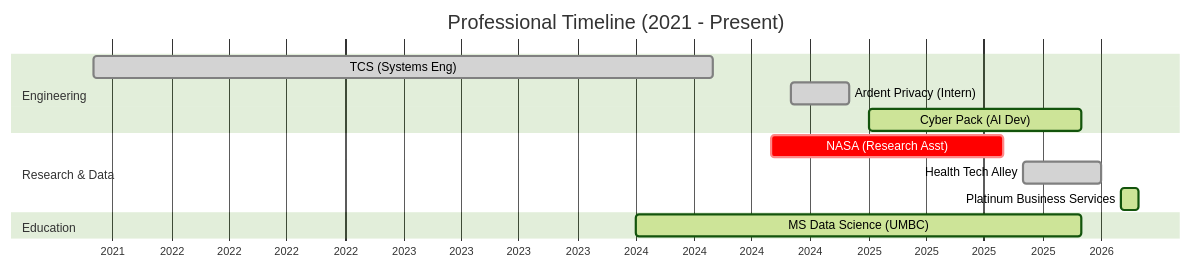
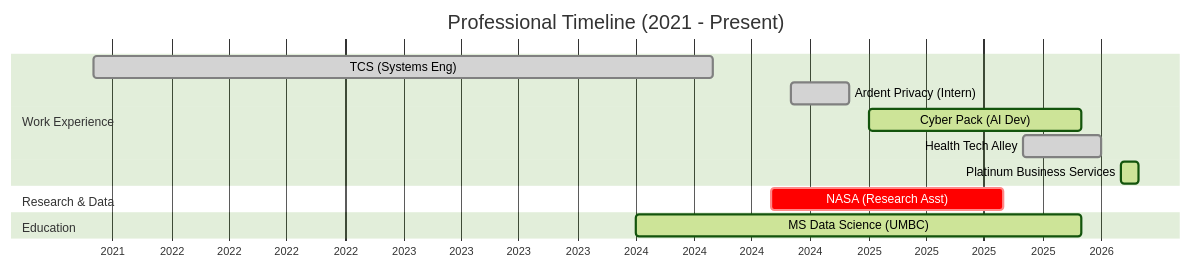
Before and after one commit to akhil1729/akhil1729: the diagram in README.md, drawn with Mermaid (forest theme).

Commit message:
Rename section 'Engineering' to 'Work Experience'

````diff
--- a/README.md
+++ b/README.md
@@ -20,19 +20,19 @@
 ```mermaid
 gantt
     title Professional Timeline (2021 - Present)
     dateFormat  YYYY-MM
     axisFormat  %Y
     
-    section Engineering
+    section Work Experience
     TCS (Systems Eng)      :done,    job1, 2021-09, 2024-05
     Ardent Privacy (Intern):done,    job2, 2024-09, 2024-12
     Cyber Pack (AI Dev)    :active,  job3, 2025-01, 2025-12
+    Health Tech Alley      :done,  res2, 2025-09, 2026-01
+    Platinum Business Services      :active,  res3, 2026-02, 2026-03
     
     section Research & Data
     NASA (Research Asst)   :crit,    res1, 2024-08, 2025-08
-    Health Tech Alley      :done,  res2, 2025-09, 2026-01
-    Platinum Business Services      :active,  res3, 2026-02, 2026-03
     
     section Education
     MS Data Science (UMBC) :active,  edu1, 2024-01, 2025-12
 ```
````
